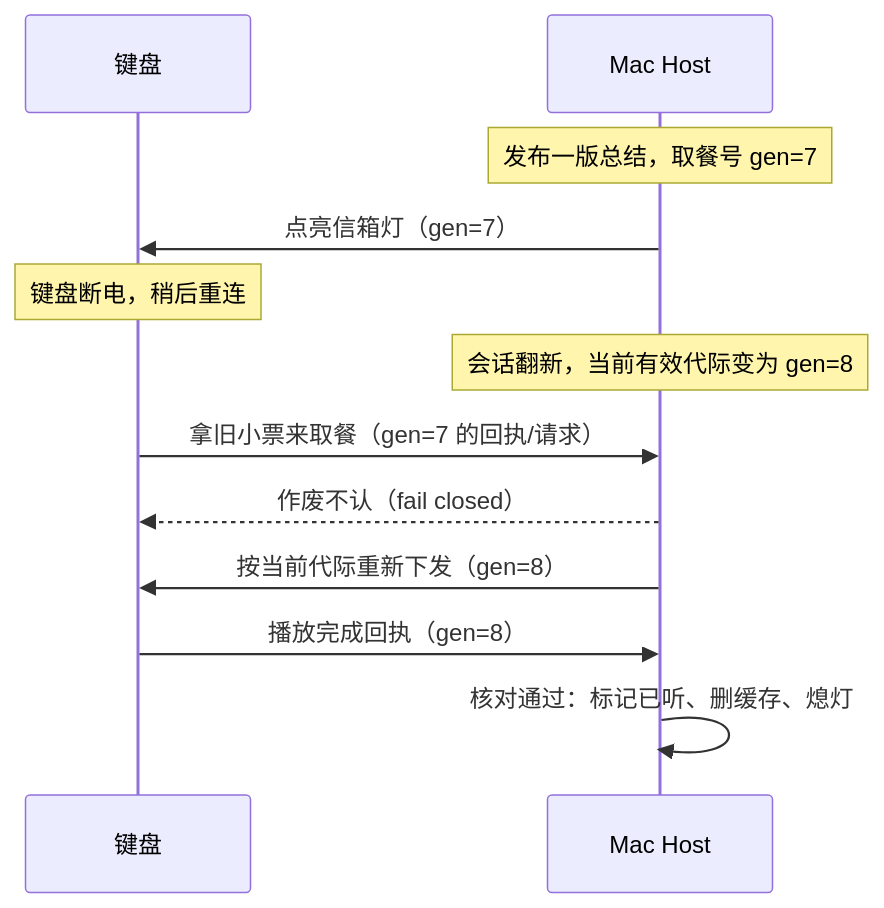
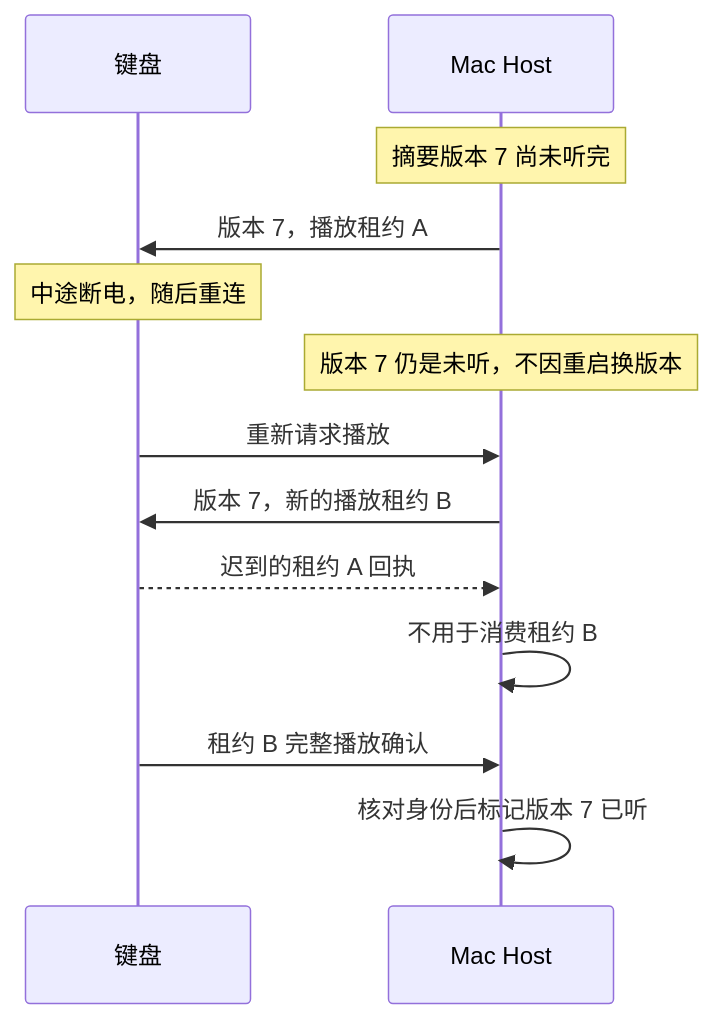
One commit to Larkspur-Wang/Codex_Keyboard changed the diagram in projects/feishu_tutorial_20260817/boards/wb07_代际取餐号.mmd. Above: the diagram before and after it, drawn with Mermaid. The commit also changed 87 other files, not shown here.

```diff
--- a/projects/feishu_tutorial_20260817/boards/wb07_代际取餐号.mmd
+++ b/projects/feishu_tutorial_20260817/boards/wb07_代际取餐号.mmd
@@ -1,12 +1,13 @@
 sequenceDiagram
     participant K as 键盘
     participant H as Mac Host
-    Note over H: 发布一版总结，取餐号 gen=7
-    H->>K: 点亮信箱灯（gen=7）
-    Note over K: 键盘断电，稍后重连
-    Note over H: 会话翻新，当前有效代际变为 gen=8
-    K->>H: 拿旧小票来取餐（gen=7 的回执/请求）
-    H-->>K: 作废不认（fail closed）
-    H->>K: 按当前代际重新下发（gen=8）
-    K->>H: 播放完成回执（gen=8）
-    H->>H: 核对通过：标记已听、删缓存、熄灯
+    Note over H: 摘要版本 7 尚未听完
+    H->>K: 版本 7，播放租约 A
+    Note over K: 中途断电，随后重连
+    Note over H: 版本 7 仍是未听，不因重启换版本
+    K->>H: 重新请求播放
+    H->>K: 版本 7，新的播放租约 B
+    K-->>H: 迟到的租约 A 回执
+    H->>H: 不用于消费租约 B
+    K->>H: 租约 B 完整播放确认
+    H->>H: 核对身份后标记版本 7 已听
```
